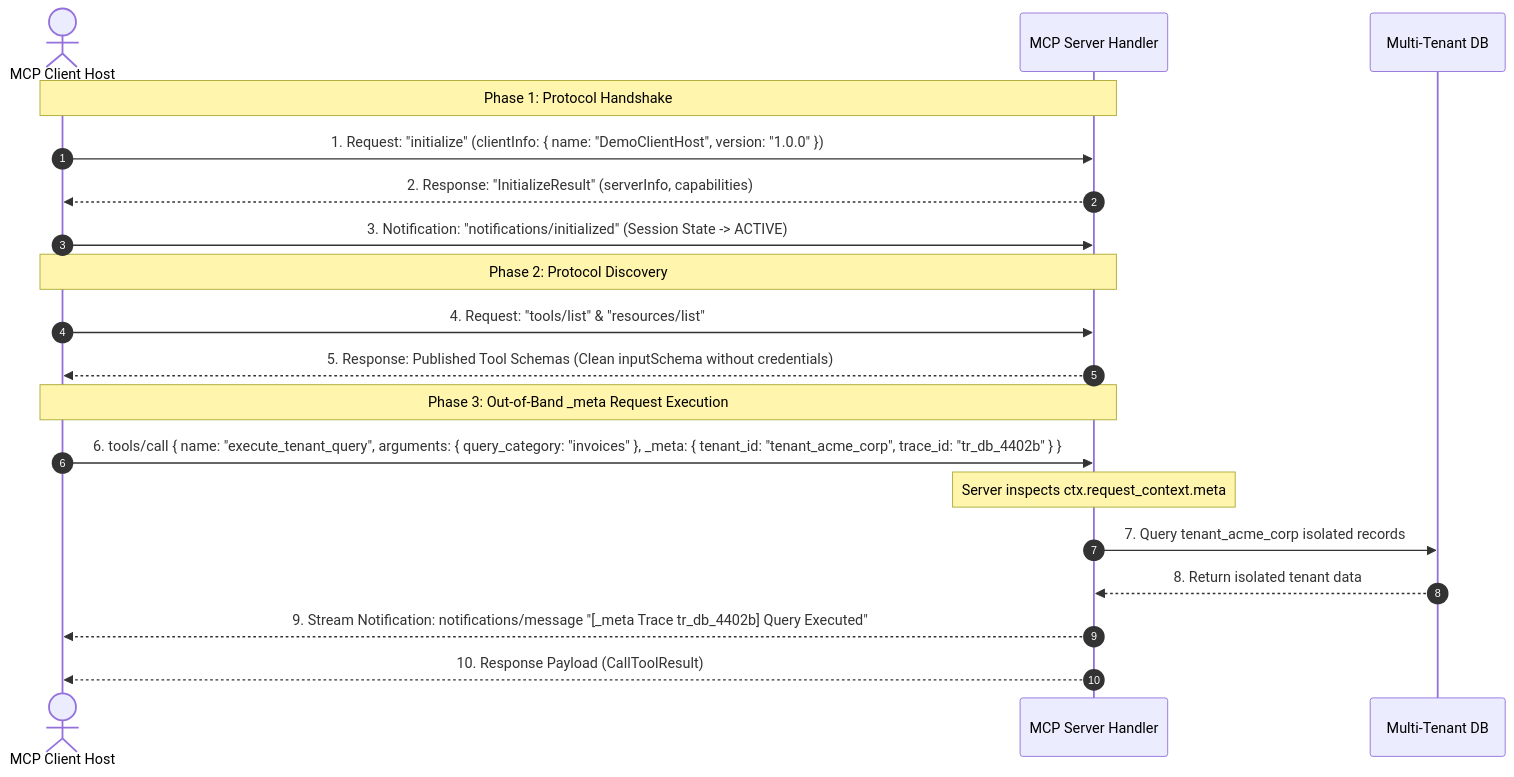
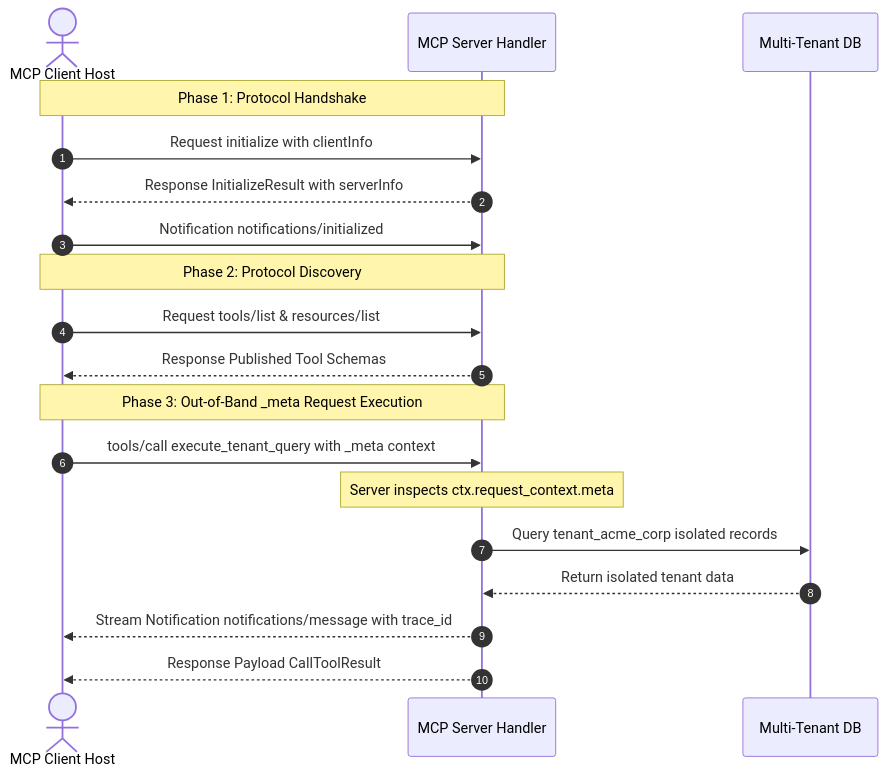
Before and after one commit to stenalpjolly/mcp-architecture-and-extensions-demo: the diagram in 03_mcp_meta_context/README.md, drawn with Mermaid. The commit also changed 4 other files, not shown here.

Commit message:
Fix Mermaid diagram labels for GitHub markdown rendering

````diff
--- a/03_mcp_meta_context/README.md
+++ b/03_mcp_meta_context/README.md
@@ -40,26 +40,26 @@
 ```mermaid
 sequenceDiagram
     autonumber
     actor Client as MCP Client Host
     participant Server as MCP Server Handler
     participant DB as Multi-Tenant DB
 
     Note over Client,Server: Phase 1: Protocol Handshake
-    Client->>Server: 1. Request: "initialize" (clientInfo: { name: "DemoClientHost", version: "1.0.0" })
-    Server-->>Client: 2. Response: "InitializeResult" (serverInfo, capabilities)
-    Client->>Server: 3. Notification: "notifications/initialized" (Session State -> ACTIVE)
+    Client->>Server: Request initialize with clientInfo
+    Server-->>Client: Response InitializeResult with serverInfo
+    Client->>Server: Notification notifications/initialized
 
     Note over Client,Server: Phase 2: Protocol Discovery
-    Client->>Server: 4. Request: "tools/list" & "resources/list"
-    Server-->>Client: 5. Response: Published Tool Schemas (Clean inputSchema without credentials)
+    Client->>Server: Request tools/list & resources/list
+    Server-->>Client: Response Published Tool Schemas
 
     Note over Client,Server: Phase 3: Out-of-Band _meta Request Execution
-    Client->>Server: 6. tools/call { name: "execute_tenant_query", arguments: { query_category: "invoices" }, _meta: { tenant_id: "tenant_acme_corp", trace_id: "tr_db_4402b" } }
+    Client->>Server: tools/call execute_tenant_query with _meta context
     
     Note over Server: Server inspects ctx.request_context.meta
-    Server->>DB: 7. Query tenant_acme_corp isolated records
-    DB-->>Server: 8. Return isolated tenant data
+    Server->>DB: Query tenant_acme_corp isolated records
+    DB-->>Server: Return isolated tenant data
     
-    Server-->>Client: 9. Stream Notification: notifications/message "[_meta Trace tr_db_4402b] Query Executed"
-    Server-->>Client: 10. Response Payload (CallToolResult)
+    Server-->>Client: Stream Notification notifications/message with trace_id
+    Server-->>Client: Response Payload CallToolResult
 ```
````
